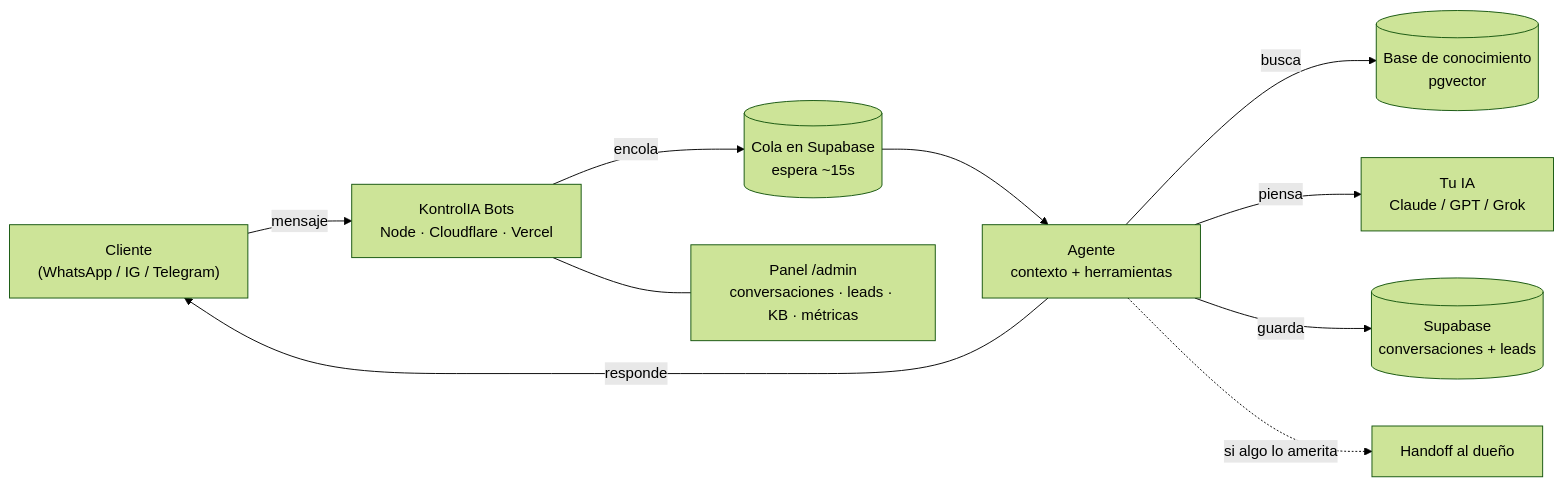
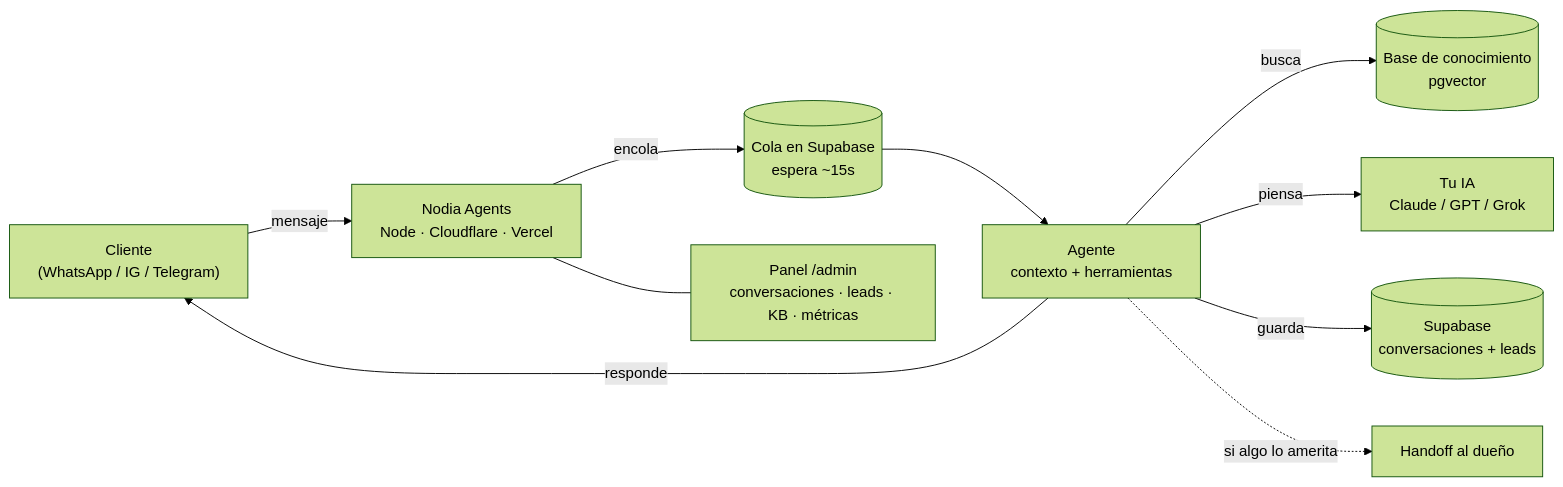
Before and after one commit to rauldolores/bots: the diagram in README.md, drawn with Mermaid (forest theme). The commit also changed other lines of this file and 22 other files, not shown here.

First line of the commit message:
El producto se llama Nodia Agents

````diff
--- a/README.md
+++ b/README.md
@@ -89,12 +89,12 @@
 ```mermaid
 flowchart LR
-    C["Cliente<br/>(WhatsApp / IG / Telegram)"] -->|mensaje| W["KontrolIA Bots<br/>Node · Cloudflare · Vercel"]
+    C["Cliente<br/>(WhatsApp / IG / Telegram)"] -->|mensaje| W["Nodia Agents<br/>Node · Cloudflare · Vercel"]
     W -->|encola| Q[("Cola en Supabase<br/>espera ~15s")]
     Q --> A["Agente<br/>contexto + herramientas"]
     A -->|busca| V[("Base de conocimiento<br/>pgvector")]
     A -->|piensa| LLM["Tu IA<br/>Claude / GPT / Grok"]
     A -->|guarda| D[("Supabase<br/>conversaciones + leads")]
     A -->|responde| C
     A -.->|si algo lo amerita| O["Handoff al dueño"]
     W --- P["Panel /admin<br/>conversaciones · leads · KB · métricas"]
 ```
````
